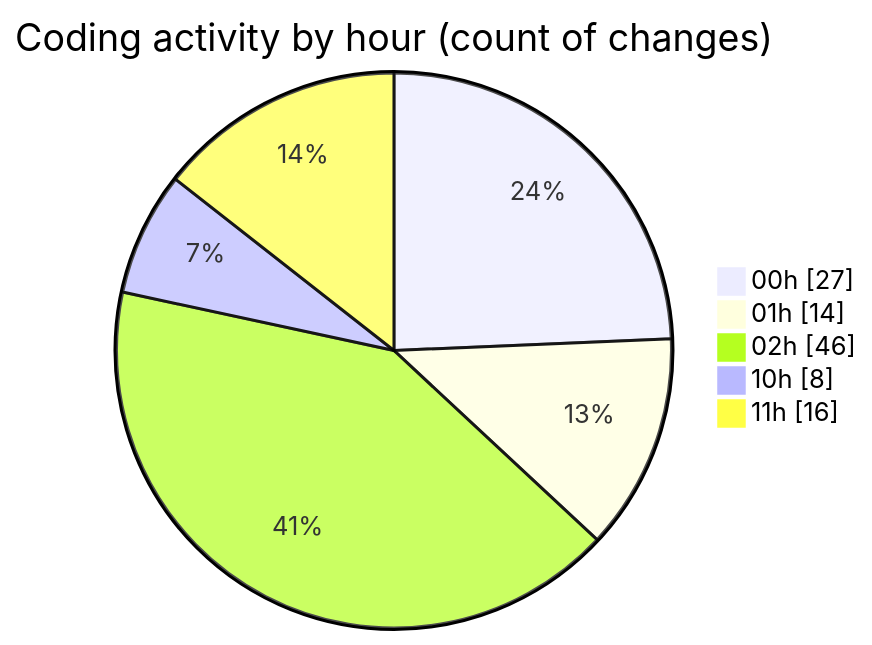
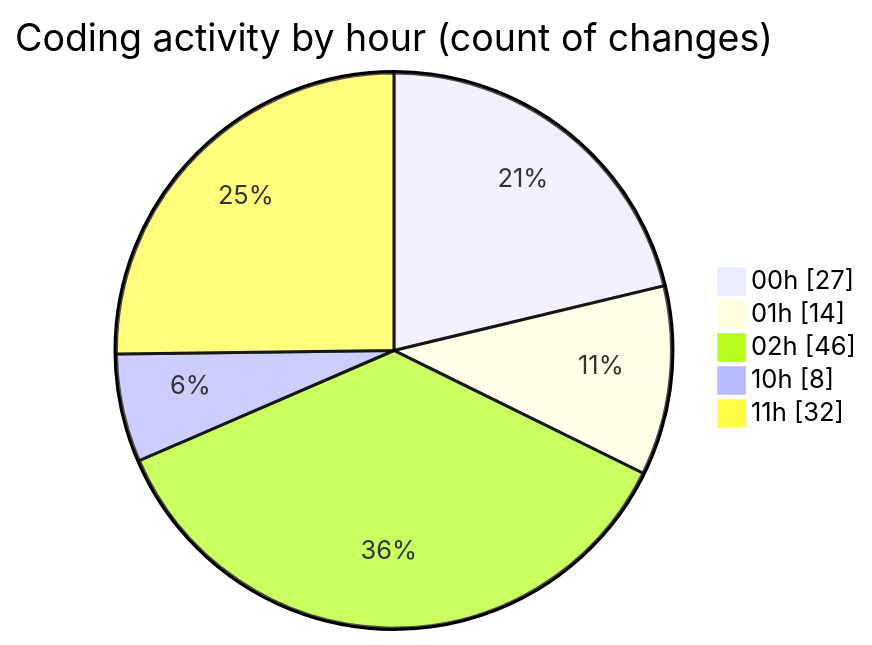
Before and after one commit to lephambinh05/code-tracking: the second of 2 diagrams in 2025-07-17/nhahang/README.md, drawn with Mermaid. The commit also changed other lines of this file and 1 other file, not shown here.

````diff
--- a/2025-07-17/nhahang/README.md
+++ b/2025-07-17/nhahang/README.md
@@ -58,9 +58,9 @@
 ```mermaid
 pie showData
 title Coding activity by hour (count of changes)
 "00h" : 27
 "01h" : 14
 "02h" : 46
 "10h" : 8
-"11h" : 16
+"11h" : 32
 ```
````
